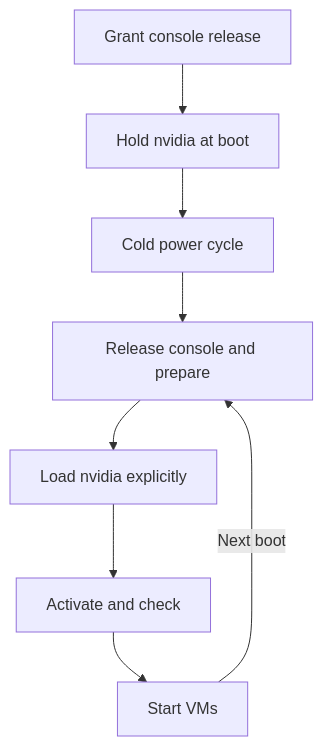
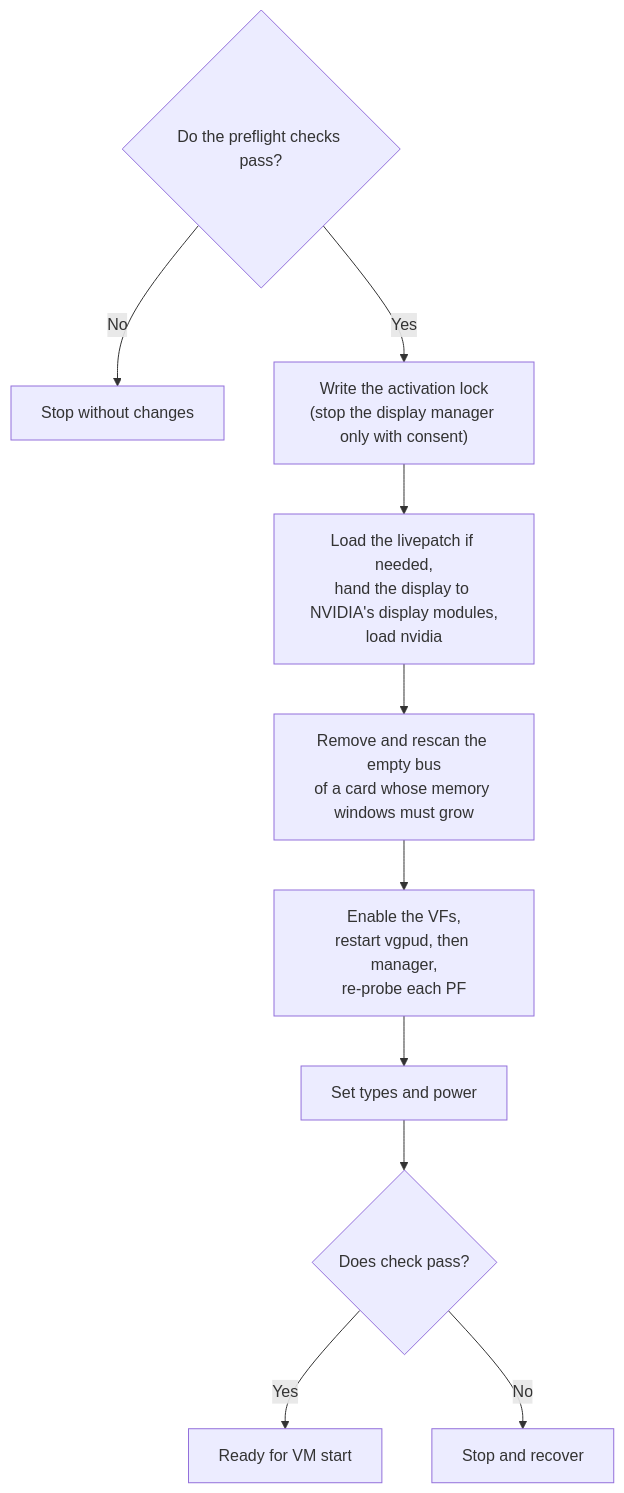
One commit to noon-at-cgn/geforce-sriov changed the fourth of 4 diagrams in docs/installation.md. Above: the diagram before and after it, drawn with Mermaid. The commit also changed other lines of this file and 88 other files, not shown here.

````diff
--- a/docs/installation.md
+++ b/docs/installation.md
@@ -513,10 +765,12 @@
 ```mermaid
 flowchart TD
-    A[Grant console release] --> B[Hold nvidia at boot]
-    B --> C[Cold power cycle]
-    C --> D[Release console and prepare]
-    D --> E[Load nvidia explicitly]
-    E --> F[Activate and check]
-    F --> G[Start VMs]
-    G -->|Next boot| D
+    A{Do the preflight checks pass?} -->|No| B[Stop without changes]
+    A -->|Yes| C["Write the activation lock<br/>(stop the display manager only with consent)"]
+    C --> D["Load the livepatch if needed,<br/>hand the display to NVIDIA's display modules,<br/>load nvidia"]
+    D --> E["Remove and rescan the empty bus<br/>of a card whose memory windows must grow"]
+    E --> F["Enable the VFs,<br/>restart vgpud, then manager,<br/>re-probe each PF"]
+    F --> G["Set types and power"]
+    G --> H{Does check pass?}
+    H -->|Yes| I[Ready for VM start]
+    H -->|No| J[Stop and recover]
 ```
````
